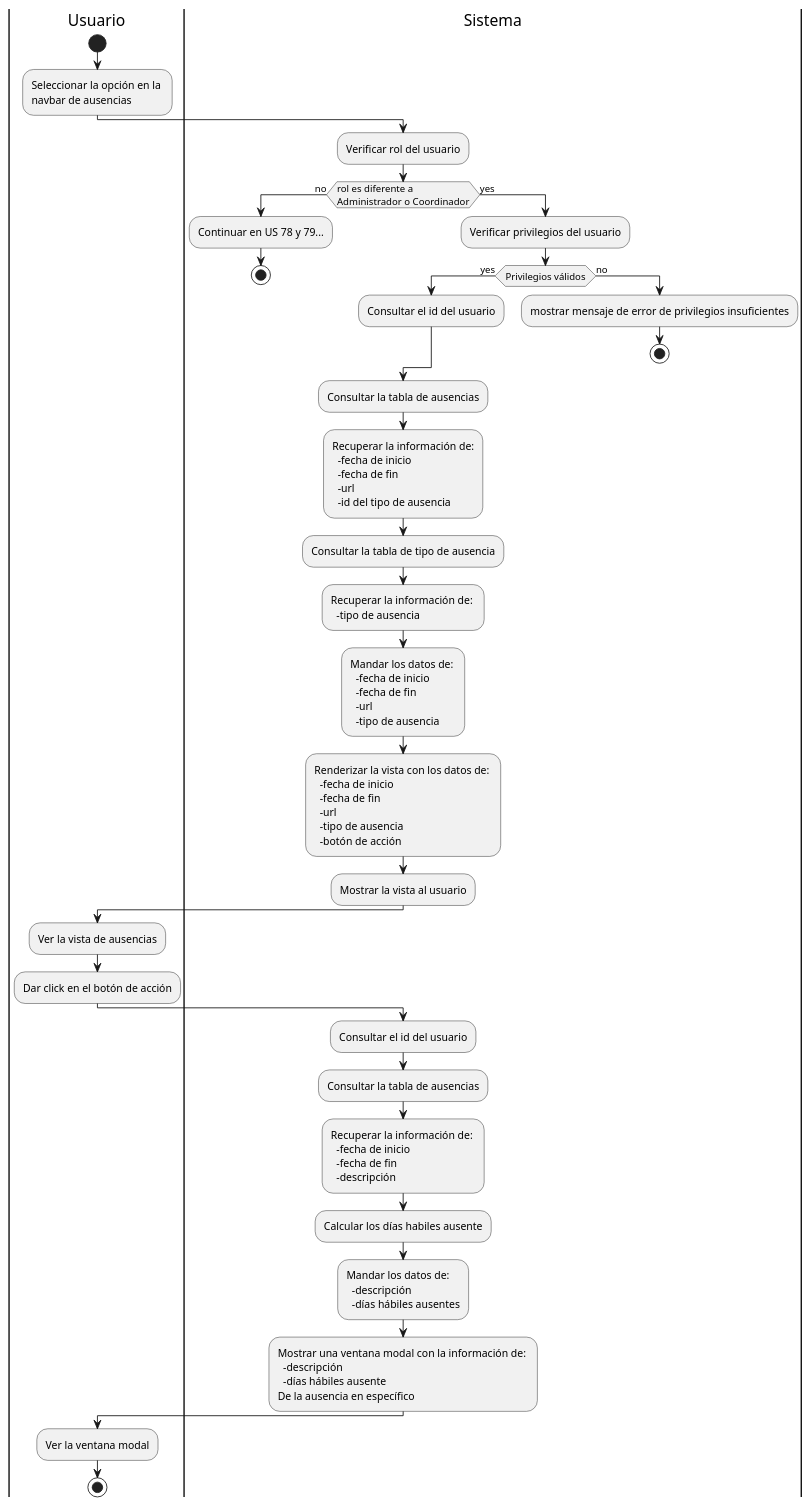
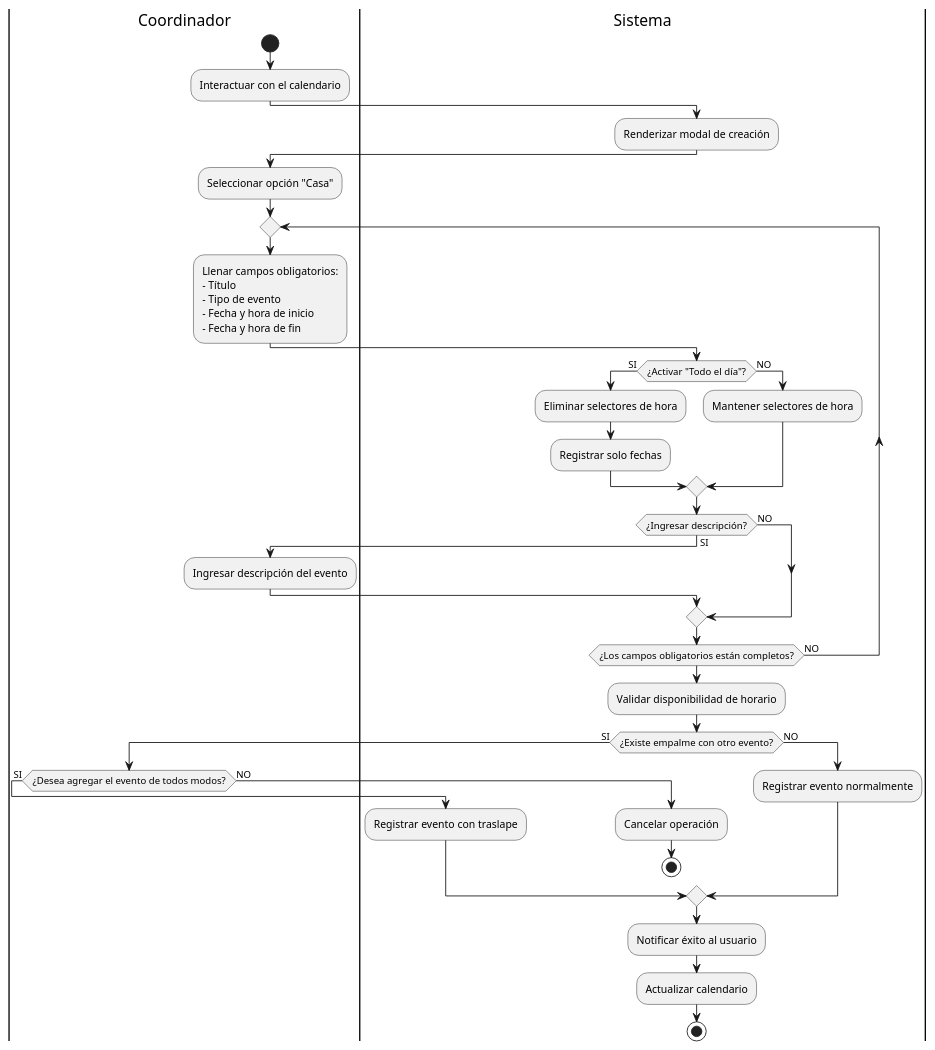
Before and after one commit to AztlanConsulting/RCHQ-Back: the diagram in diagrams/Activity diagram/US20.puml, drawn with PlantUML. The commit also changed 52 other files, not shown here.

Commit message:
docs: se renombran los diagramas a las US correctas

```diff
--- a/diagrams/Activity diagram/US20.puml
+++ b/diagrams/Activity diagram/US20.puml
@@ -1,46 +1,57 @@
-@startuml
+@startuml HU - Registro de evento de casa
 
-|Usuario|
+|Coordinador|
 start
-:Seleccionar la opción en la \nnavbar de ausencias;
+:Interactuar con el calendario;
 
-|Sistema| 
-:Verificar rol del usuario;
-if (rol es diferente a \nAdministrador o Coordinador) then (no)
-    :Continuar en US 78 y 79...;
-    stop
-else (yes)
-    :Verificar privilegios del usuario;
+|Sistema|
+:Renderizar modal de creación;
 
-    if (Privilegios válidos) then (yes)
-        :Consultar el id del usuario;
-    else (no)
-        :mostrar mensaje de error de privilegios insuficientes;
+|Coordinador|
+:Seleccionar opción "Casa";
+repeat
+:Llenar campos obligatorios:
+- Título
+- Tipo de evento
+- Fecha y hora de inicio
+- Fecha y hora de fin;
+
+|Sistema|
+if (¿Activar "Todo el día"?) then (SI)
+    :Eliminar selectores de hora;
+    :Registrar solo fechas;
+else (NO)
+    :Mantener selectores de hora;
+endif
+
+if (¿Ingresar descripción?) then (SI)
+    |Coordinador|
+    :Ingresar descripción del evento;
+else (NO)
+endif
+
+|Sistema|
+repeat while (¿Los campos obligatorios están completos?) is (NO)
+:Validar disponibilidad de horario;
+
+if (¿Existe empalme con otro evento?) then (SI)
+    |Coordinador|
+    if (¿Desea agregar el evento de todos modos?) then (SI)
+        |Sistema|
+        :Registrar evento con traslape;
+    else (NO)
+        |Sistema|
+        :Cancelar operación;
         stop
     endif
+else (NO)
+    |Sistema|
+    :Registrar evento normalmente;
 endif
 
-:Consultar la tabla de ausencias;
-:Recuperar la información de:\n  -fecha de inicio \n  -fecha de fin \n  -url \n  -id del tipo de ausencia;
-:Consultar la tabla de tipo de ausencia;
-:Recuperar la información de: \n  -tipo de ausencia;
-:Mandar los datos de: \n  -fecha de inicio \n  -fecha de fin \n  -url \n  -tipo de ausencia;
-:Renderizar la vista con los datos de: \n  -fecha de inicio \n  -fecha de fin \n  -url \n  -tipo de ausencia \n  -botón de acción;
-:Mostrar la vista al usuario;
+|Sistema|
+:Notificar éxito al usuario;
+:Actualizar calendario;
+stop
 
-|Usuario|
-:Ver la vista de ausencias;
-:Dar click en el botón de acción;
-
-|Sistema|
-:Consultar el id del usuario;
-:Consultar la tabla de ausencias;
-:Recuperar la información de: \n  -fecha de inicio \n  -fecha de fin \n  -descripción;
-:Calcular los días habiles ausente;
-:Mandar los datos de: \n  -descripción \n  -días hábiles ausentes;
-:Mostrar una ventana modal con la información de: \n  -descripción \n  -días hábiles ausente\nDe la ausencia en específico;
-
-|Usuario|
-:Ver la ventana modal;
-stop
 @enduml
```
